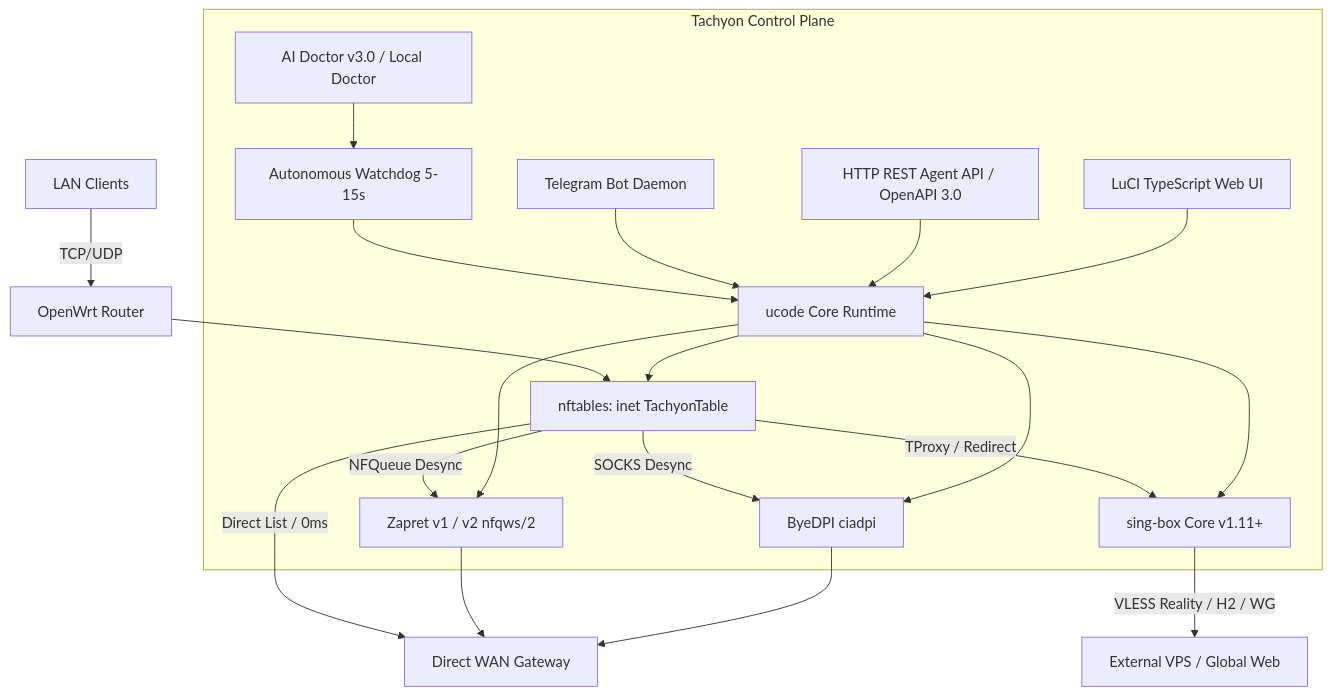
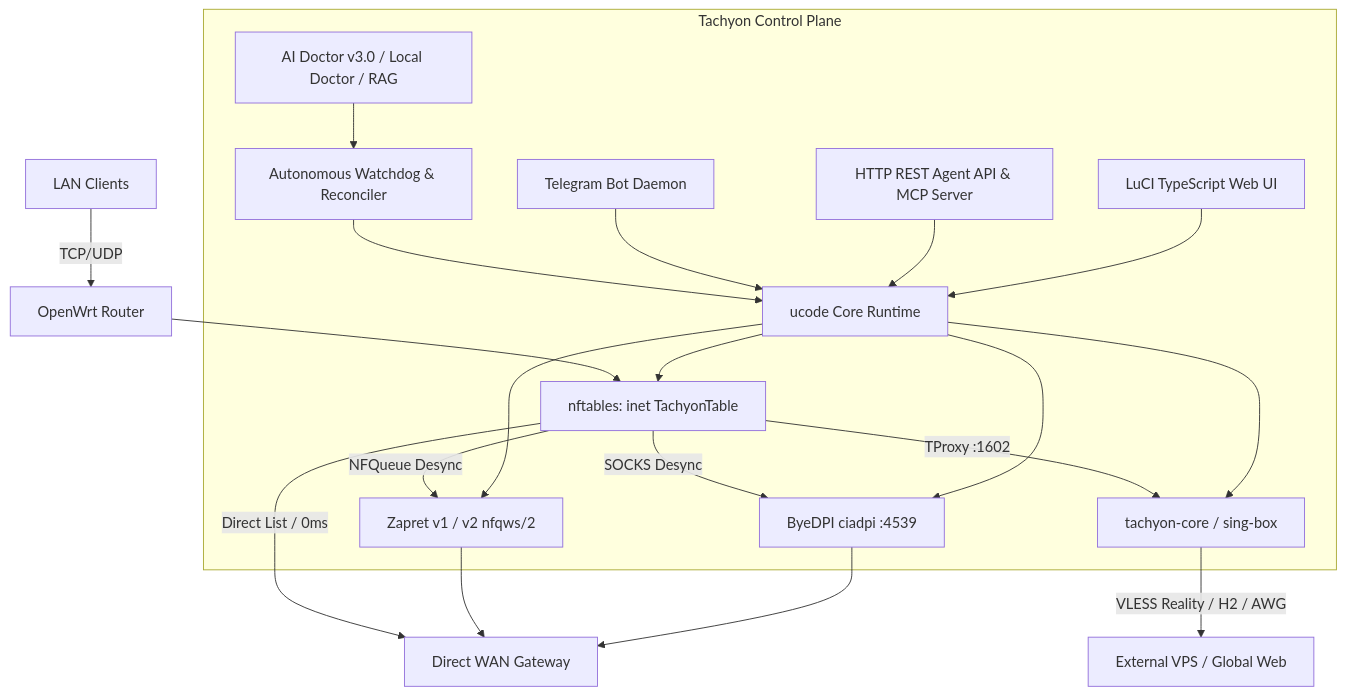
One commit to Dushnilin/tachyon changed the diagram in docs/knowledge-base/01_SYSTEM_ARCHITECTURE.md. Above: the diagram before and after it, drawn with Mermaid. The commit also changed other lines of this file and 59 other files, not shown here.

Commit message:
feat(plan,ui,rag): list content overlap analyzer, lazy Studio Deck cache reads, and RAG/MCP search (Fixes #347, Fixes #351)

````diff
--- a/docs/knowledge-base/01_SYSTEM_ARCHITECTURE.md
+++ b/docs/knowledge-base/01_SYSTEM_ARCHITECTURE.md
@@ -7,26 +7,26 @@
 ```mermaid
 graph TD
     Client[LAN Clients] -->|TCP/UDP| Router[OpenWrt Router]
     Router --> NFT[nftables: inet TachyonTable]
     
     NFT -->|Direct List / 0ms| WAN[Direct WAN Gateway]
     NFT -->|NFQueue Desync| Zapret[Zapret v1 / v2 nfqws/2]
-    NFT -->|SOCKS Desync| ByeDPI[ByeDPI ciadpi]
-    NFT -->|TProxy / Redirect| SingBox[sing-box Core v1.11+]
+    NFT -->|SOCKS Desync| ByeDPI[ByeDPI ciadpi :4539]
+    NFT -->|TProxy :1602| SingBox[tachyon-core / sing-box]
     
-    SingBox -->|VLESS Reality / H2 / WG| VPS[External VPS / Global Web]
+    SingBox -->|VLESS Reality / H2 / AWG| VPS[External VPS / Global Web]
     Zapret --> WAN
     ByeDPI --> WAN
     
     subgraph Tachyon Control Plane
         UCODE[ucode Core Runtime] --> NFT
         UCODE --> SingBox
         UCODE --> Zapret
         UCODE --> ByeDPI
-        Watchdog[Autonomous Watchdog 5-15s] --> UCODE
-        AIDoctor[AI Doctor v3.0 / Local Doctor] --> Watchdog
+        Watchdog[Autonomous Watchdog & Reconciler] --> UCODE
+        AIDoctor[AI Doctor v3.0 / Local Doctor / RAG] --> Watchdog
         Telegram[Telegram Bot Daemon] --> UCODE
-        RestAPI[HTTP REST Agent API / OpenAPI 3.0] --> UCODE
+        RestAPI[HTTP REST Agent API & MCP Server] --> UCODE
         LuCI[LuCI TypeScript Web UI] --> UCODE
     end
 ```
````
